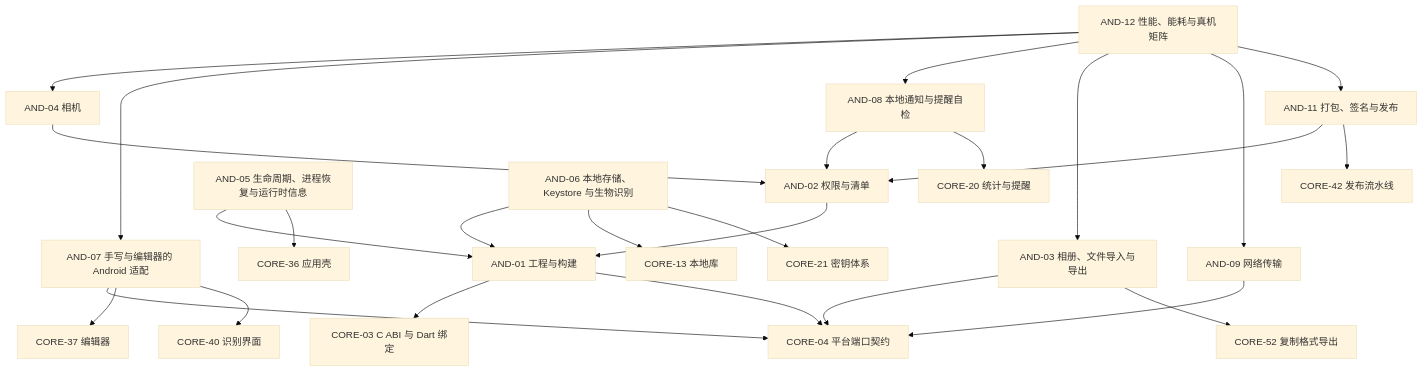
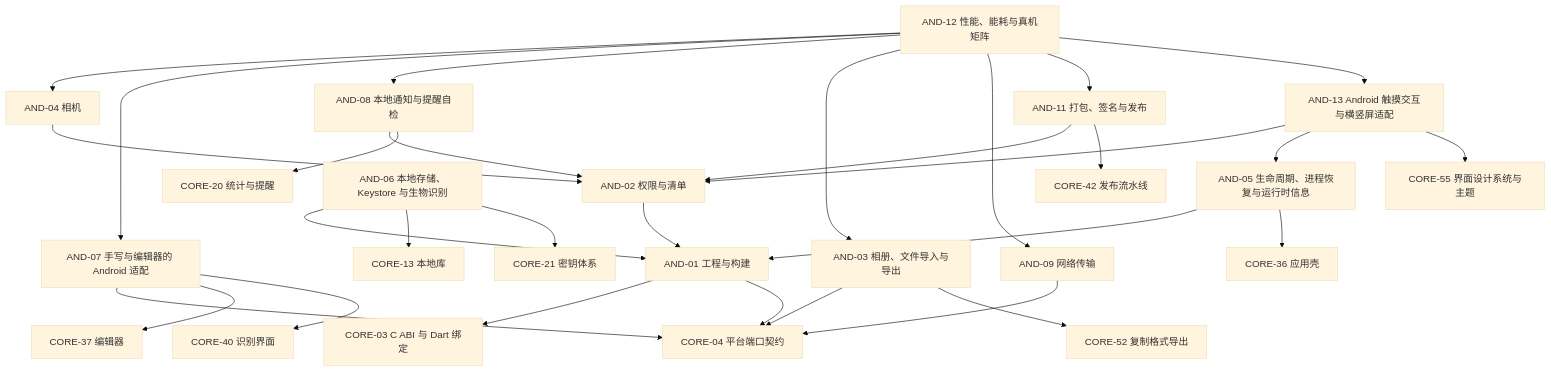
Before and after one commit to VividVeneto/BubeiGongshi: the diagram in SADD/02-Android端-v5.md, drawn with Mermaid (base theme). The commit also changed other lines of this file and 5 other files, not shown here.

````diff
--- a/SADD/02-Android端-v5.md
+++ b/SADD/02-Android端-v5.md
@@ -21,49 +21,55 @@
 ```mermaid
 graph TD
   A01["AND-01 工程与构建"]
   A02["AND-02 权限与清单"]
   A03["AND-03 相册、文件导入与导出"]
   A04["AND-04 相机"]
   A05["AND-05 生命周期、进程恢复与运行时信息"]
   A06["AND-06 本地存储、Keystore 与生物识别"]
   A07["AND-07 手写与编辑器的 Android 适配"]
   A08["AND-08 本地通知与提醒自检"]
   A09["AND-09 网络传输"]
   A11["AND-11 打包、签名与发布"]
   A12["AND-12 性能、能耗与真机矩阵"]
+  A13["AND-13 Android 触摸交互与横竖屏适配"]
   C03["CORE-03 C ABI 与 Dart 绑定"]
   C04["CORE-04 平台端口契约"]
   C13["CORE-13 本地库"]
   C20["CORE-20 统计与提醒"]
   C21["CORE-21 密钥体系"]
   C36["CORE-36 应用壳"]
   C37["CORE-37 编辑器"]
   C40["CORE-40 识别界面"]
   C42["CORE-42 发布流水线"]
   C52["CORE-52 复制格式导出"]
+  C55["CORE-55 界面设计系统与主题"]
   A01 --> C03
   A01 --> C04
   A02 --> A01
   A05 --> A01
   A05 --> C36
   A06 --> A01
   A06 --> C13
   A06 --> C21
   A03 --> C04
   A03 --> C52
   A04 --> A02
   A07 --> C04
   A07 --> C37
   A07 --> C40
   A08 --> A02
   A08 --> C20
   A09 --> C04
   A11 --> A02
   A11 --> C42
   A12 --> A04
   A12 --> A07
   A12 --> A08
   A12 --> A03
   A12 --> A09
   A12 --> A11
+  A12 --> A13
+  A13 --> A02
+  A13 --> A05
+  A13 --> C55
 ```
````
